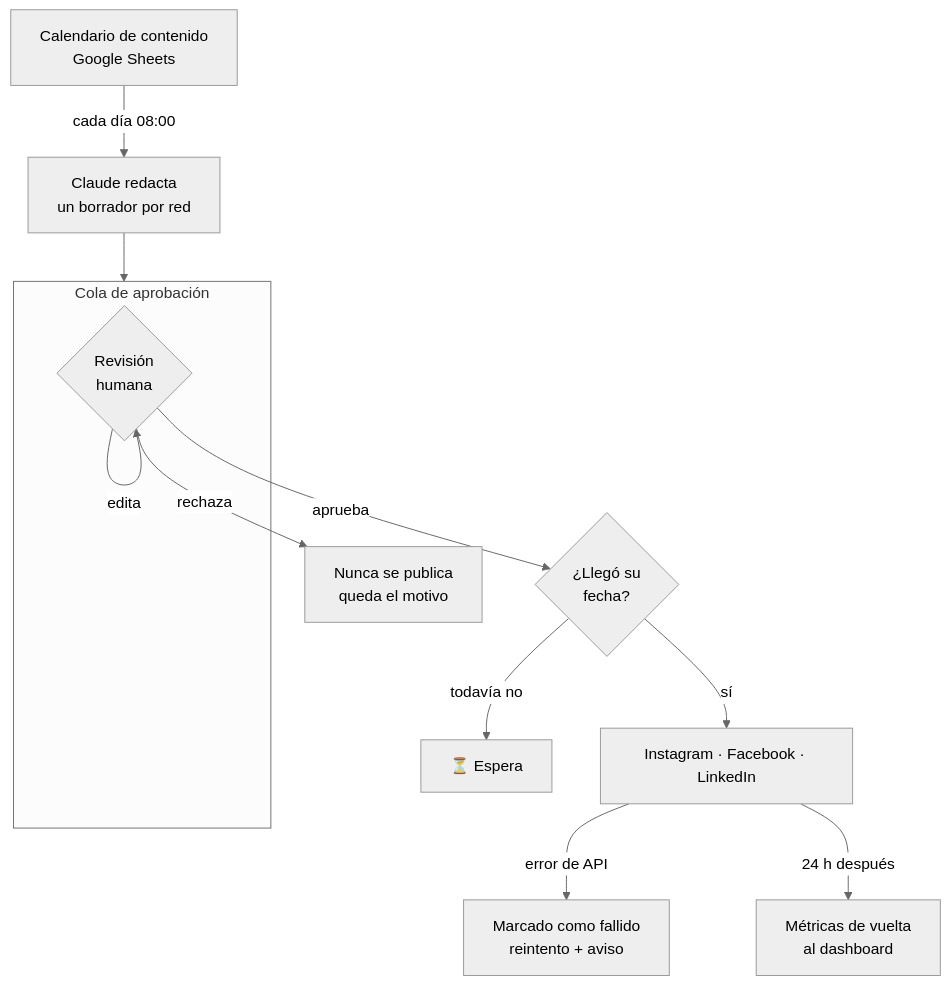
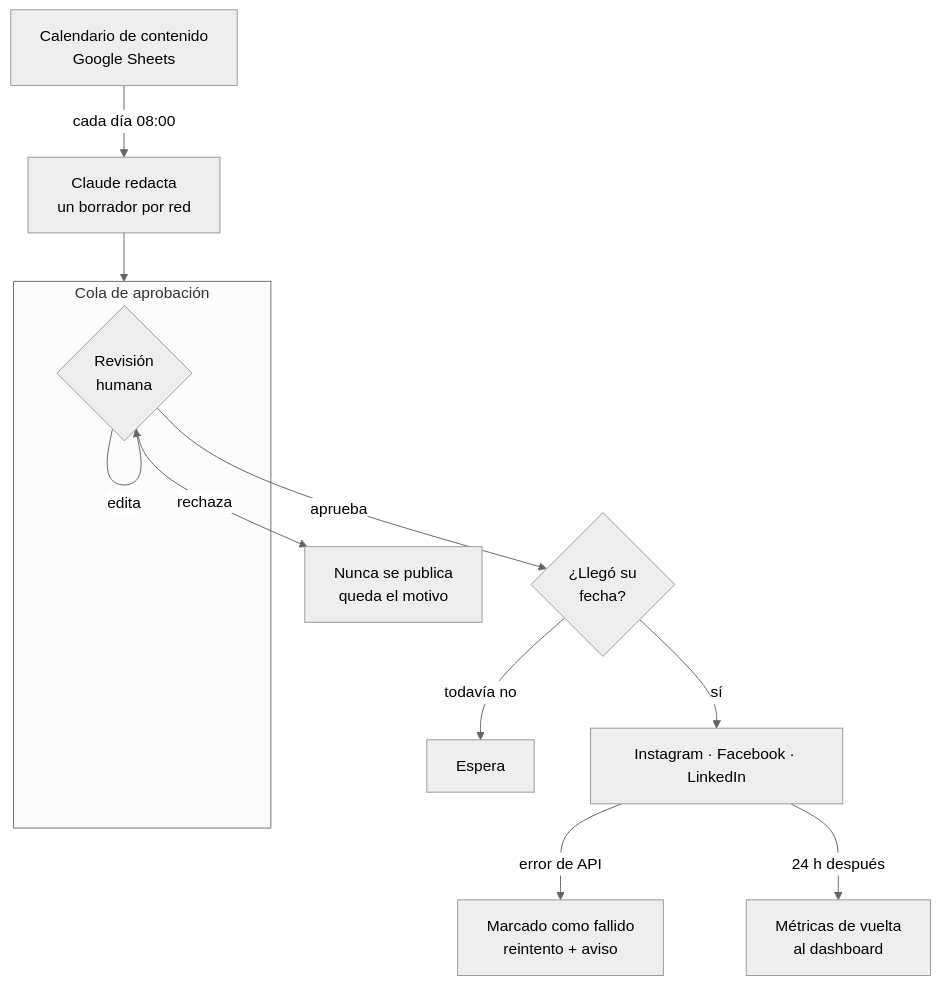
One commit to danielyatacoblas/publicador-redes-ia changed the first of 2 diagrams in README.md. Above: the diagram before and after it, drawn with Mermaid (neutral theme).

Commit message:
fix: remove leftover pictographs from diagrams and node labels
The earlier sweep missed the U+2300-23FF block, so the clock and hourglass
glyphs survived in the flowchart labels and in the Telegram reminder text. It
also stripped the glyphs without their trailing space, leaving mermaid labels
padded like [" Text"]. Both are cleaned up here.

Box-drawing and geometric characters are kept on purpose: they are the arrows
and rules of the ASCII diagrams, not decoration.

````diff
--- a/README.md
+++ b/README.md
@@ -47,15 +47,15 @@
 ```mermaid
 flowchart TD
-    C[" Calendario de contenido<br/>Google Sheets"] -->|cada día 08:00| P
-    P[" Claude redacta<br/>un borrador por red"] --> Q
-    subgraph Q [" Cola de aprobación"]
+    C["Calendario de contenido<br/>Google Sheets"] -->|cada día 08:00| P
+    P["Claude redacta<br/>un borrador por red"] --> Q
+    subgraph Q ["Cola de aprobación"]
         R{"Revisión<br/>humana"}
     end
-    R -->| rechaza| Z["Nunca se publica<br/>queda el motivo"]
-    R -->| edita| R
-    R -->| aprueba| S{"¿Llegó su<br/>fecha?"}
-    S -->|todavía no| T["⏳ Espera"]
-    S -->|sí| U[" Instagram · Facebook · LinkedIn"]
-    U -->|error de API| V[" Marcado como fallido<br/>reintento + aviso"]
-    U -->|24 h después| W[" Métricas de vuelta<br/>al dashboard"]
+    R -->|rechaza| Z["Nunca se publica<br/>queda el motivo"]
+    R -->|edita| R
+    R -->|aprueba| S{"¿Llegó su<br/>fecha?"}
+    S -->|todavía no| T["Espera"]
+    S -->|sí| U["Instagram · Facebook · LinkedIn"]
+    U -->|error de API| V["Marcado como fallido<br/>reintento + aviso"]
+    U -->|24 h después| W["Métricas de vuelta<br/>al dashboard"]
 ```
````
